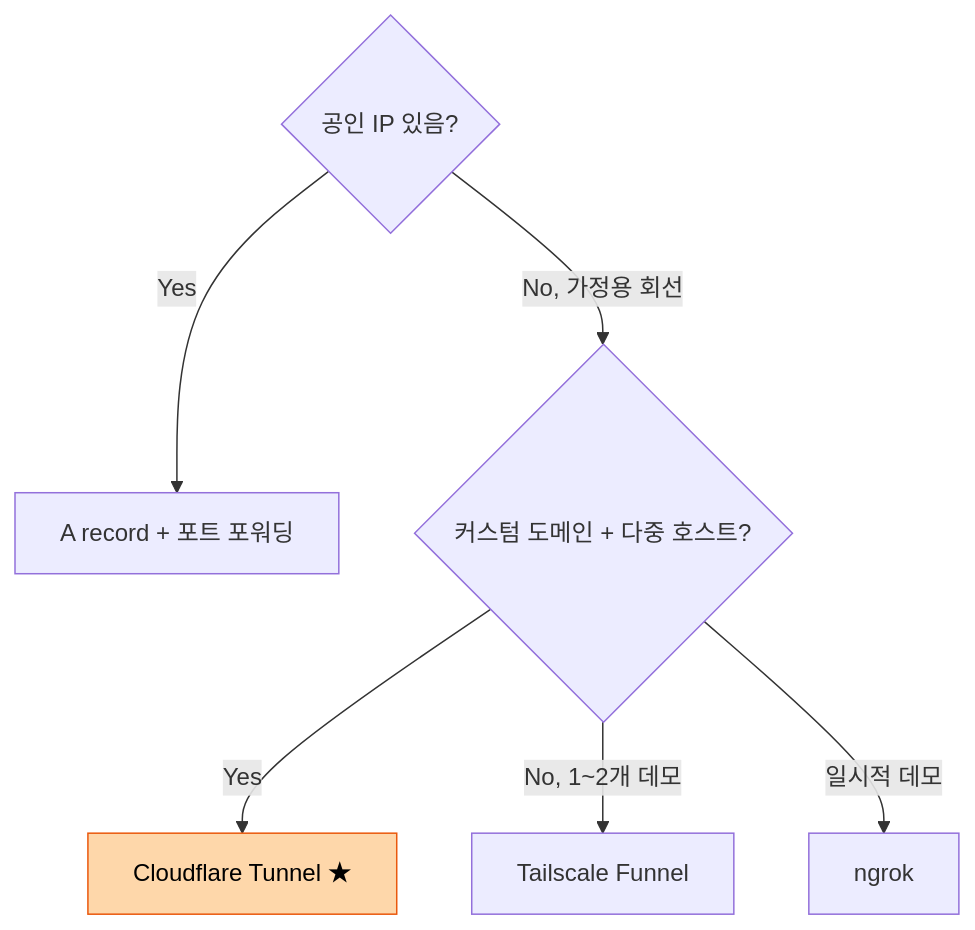
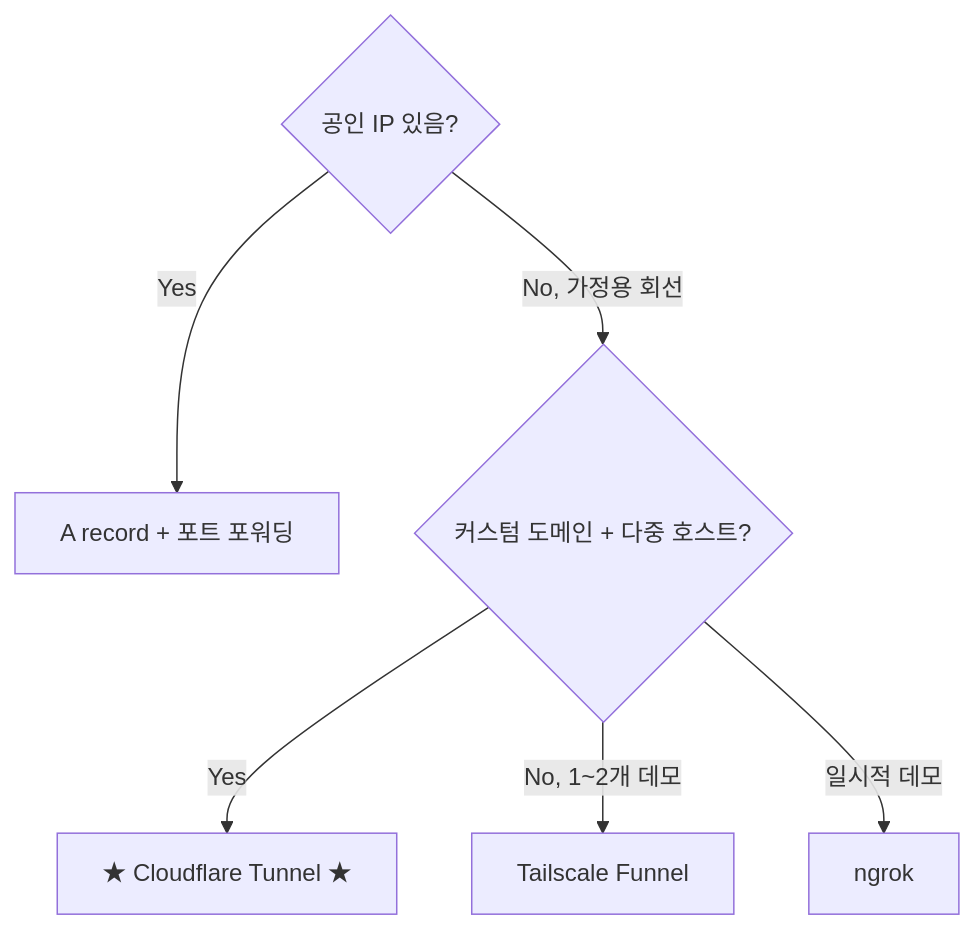
Before and after one commit to storkspear/docs-infra-homeserver: the diagram in docs/alternatives.md, drawn with Mermaid. The commit also changed 1 other file, not shown here.

Commit message:
Fix mermaid text invisibility in dark mode
Custom classDef pastel fills clashed with Material's auto theme in dark mode
(white text on light pastel = invisible). Removing classDef lets Material
auto-theme handle light/dark contrast correctly.

````diff
--- a/docs/alternatives.md
+++ b/docs/alternatives.md
@@ -92,11 +92,8 @@
 ```mermaid
 flowchart TD
   Q1{공인 IP 있음?} -->|Yes| OPT_DIRECT[A record + 포트 포워딩]
   Q1 -->|No, 가정용 회선| Q2{커스텀 도메인 + 다중 호스트?}
-  Q2 -->|Yes| CF[Cloudflare Tunnel ★]
+  Q2 -->|Yes| CF[★ Cloudflare Tunnel ★]
   Q2 -->|No, 1~2개 데모| TS[Tailscale Funnel]
   Q2 -->|일시적 데모| NGROK[ngrok]
-
-  classDef chosen fill:#fed7aa,stroke:#ea580c,color:#000;
-  class CF chosen;
 ```
````
